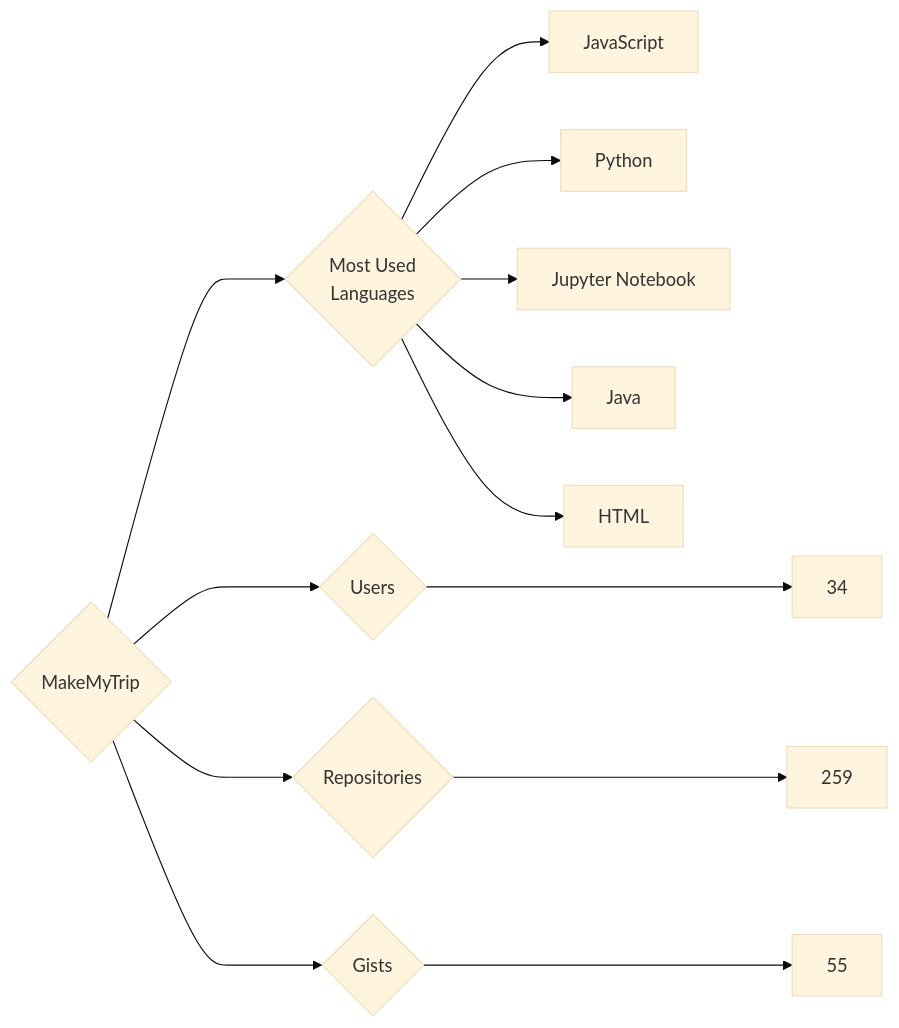
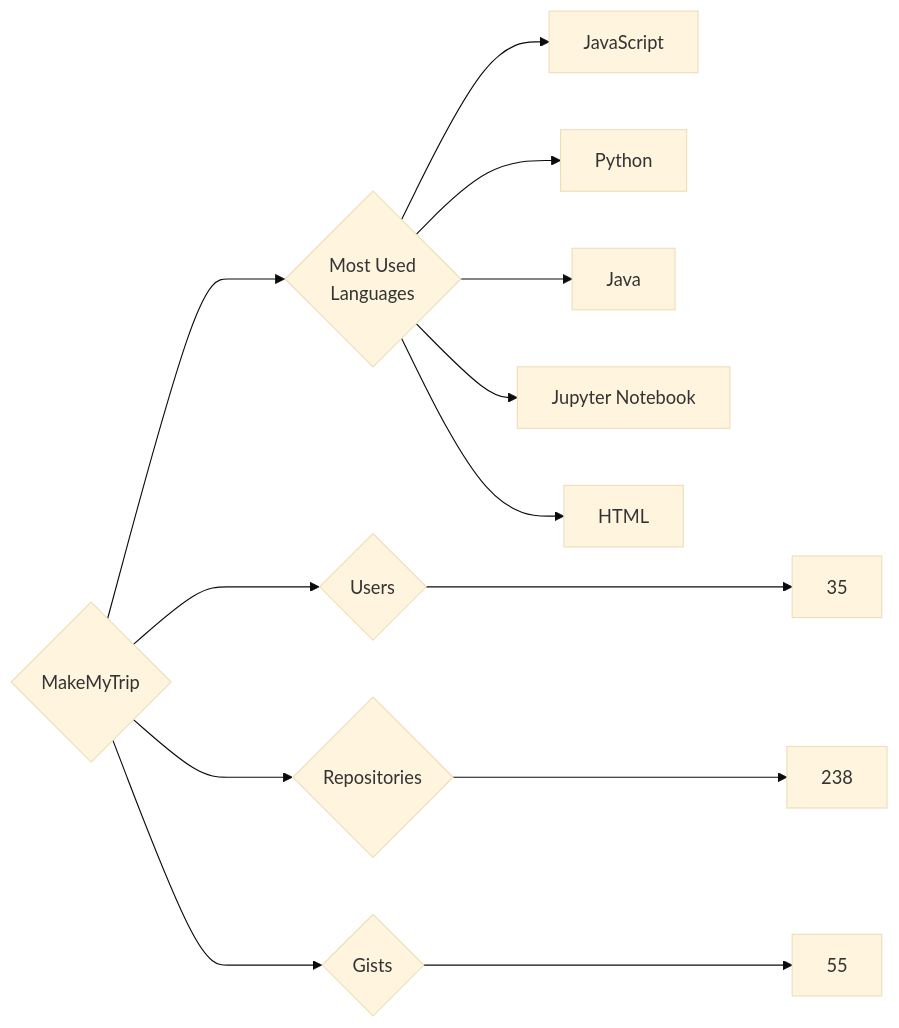
Before and after one commit to trickest/insiders: the diagram in targets/MakeMyTrip/README.md, drawn with Mermaid (base theme). The commit also changed 912 other files, not shown here.

````diff
--- a/targets/MakeMyTrip/README.md
+++ b/targets/MakeMyTrip/README.md
@@ -3,13 +3,13 @@
 ```mermaid
 graph LR
 COMPANY_NAME{MakeMyTrip}
-COMPANY_NAME ---> U{Users} ---> UN[34]
-COMPANY_NAME ---> R{Repositories} ---> RN[259]
+COMPANY_NAME ---> U{Users} ---> UN[35]
+COMPANY_NAME ---> R{Repositories} ---> RN[238]
 COMPANY_NAME ---> G{Gists} ---> GN[55]
 COMPANY_NAME ---> ML{Most Used<br>Languages}
 ML --> JavaScript[JavaScript]
 ML --> Python[Python]
+ML --> Java[Java]
 ML --> Jupyter_Notebook[Jupyter Notebook]
-ML --> Java[Java]
 ML --> HTML[HTML]
 ```
````
